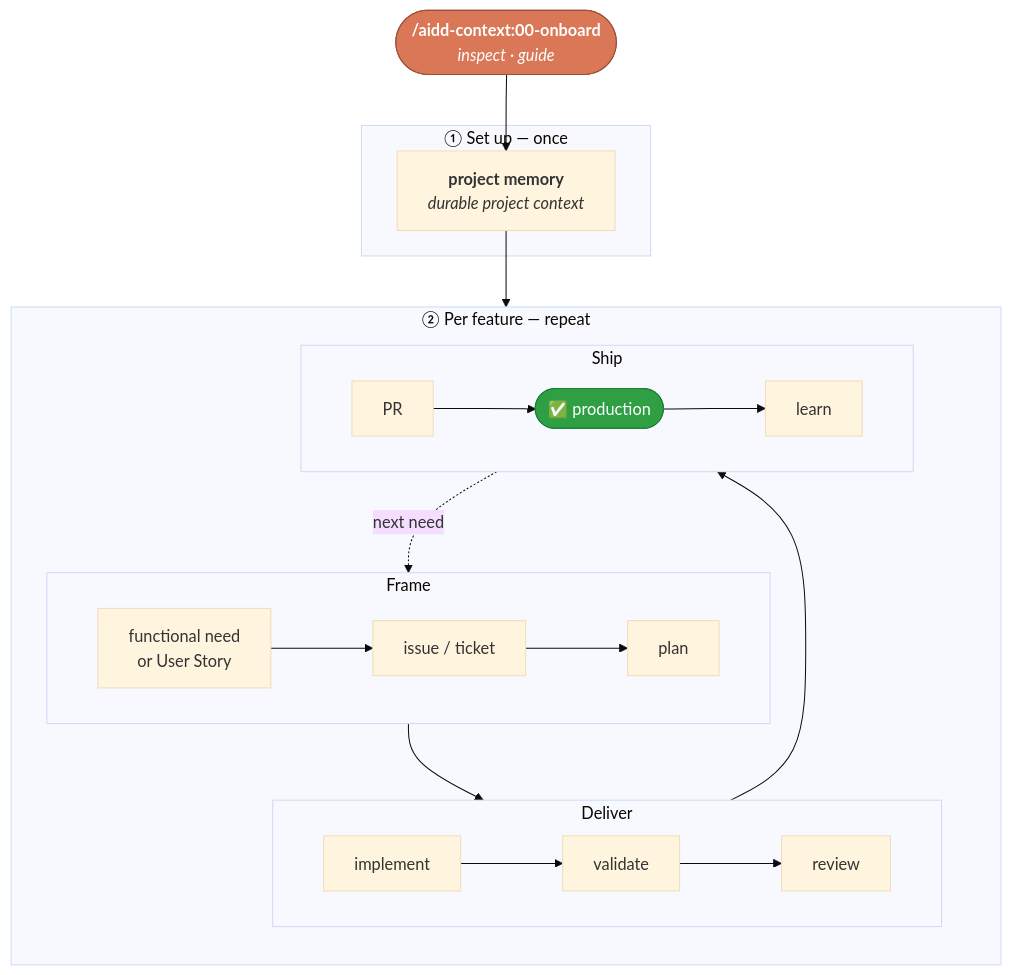
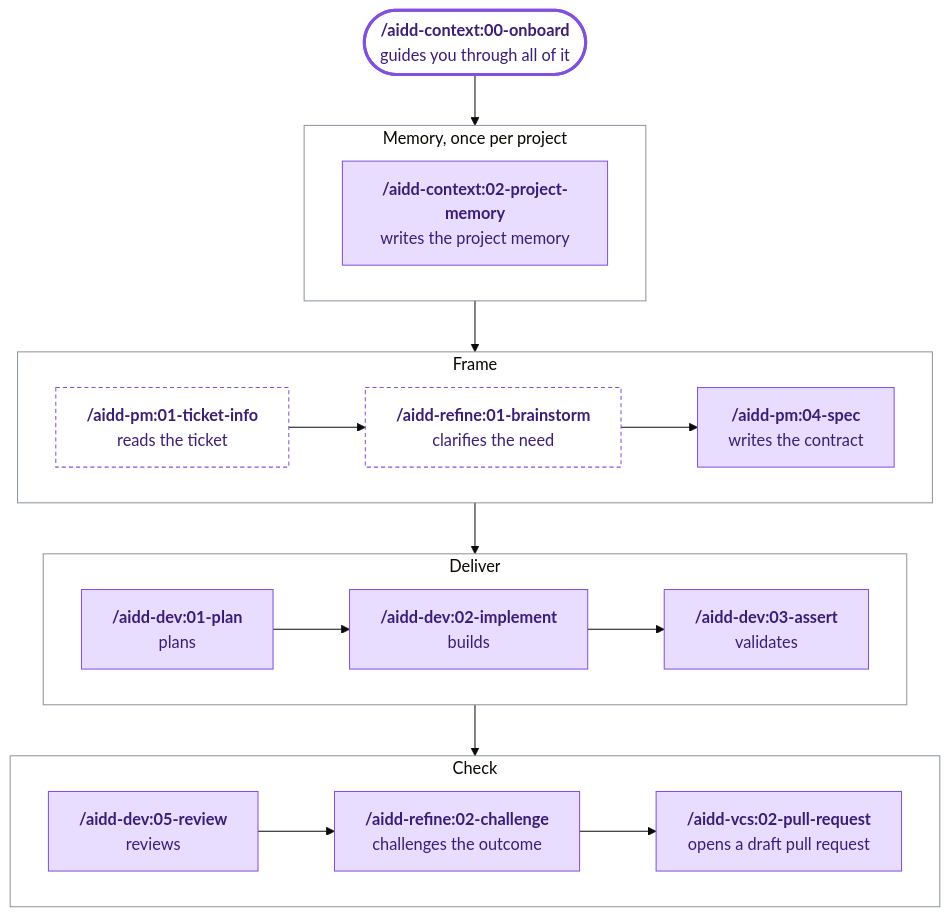
The diagram in README.md (ai-driven-dev/framework), drawn with Mermaid (base theme) before and after one commit. The commit also changed other lines of this file and 43 other files, not shown here.

````diff
--- a/README.md
+++ b/README.md
@@ -200,34 +86,31 @@
 ```mermaid
 flowchart TD
-    Onboard(["<b>/aidd-context:00-onboard</b><br/><i>inspect · guide</i>"])
+  start(["<b>/aidd-context:00-onboard</b><br/>guides you through all of it"])
+  subgraph memory["Memory, once per project"]
+    projectMemory["<b>/aidd-context:02-project-memory</b><br/>writes the project memory"]
+  end
+  subgraph frame["Frame"]
+    direction LR
+    ticket["<b>/aidd-pm:01-ticket-info</b><br/>reads the ticket"] --> brainstorm["<b>/aidd-refine:01-brainstorm</b><br/>clarifies the need"] --> writeContract["<b>/aidd-pm:04-spec</b><br/>writes the contract"]
+  end
+  subgraph deliver["Deliver"]
+    direction LR
+    plan["<b>/aidd-dev:01-plan</b><br/>plans"] --> build["<b>/aidd-dev:02-implement</b><br/>builds"] --> assert["<b>/aidd-dev:03-assert</b><br/>validates"]
+  end
+  subgraph check["Check"]
+    direction LR
+    review["<b>/aidd-dev:05-review</b><br/>reviews"] --> challenge["<b>/aidd-refine:02-challenge</b><br/>challenges the outcome"] --> pr["<b>/aidd-vcs:02-pull-request</b><br/>opens a draft pull request"]
+  end
+  start --> memory --> frame --> deliver --> check
 
-    subgraph setup["① Set up — once"]
-      Memory["<b>project memory</b><br/><i>durable project context</i>"]
-    end
-
-    subgraph loop["② Per feature — repeat"]
-      direction TB
-      subgraph frame["Frame"]
-        direction LR
-        N["functional need<br/>or User Story"] --> T["issue / ticket"] --> P["plan"]
-      end
-      subgraph deliver["Deliver"]
-        direction LR
-        I["implement"] --> V["validate"] --> R["review"]
-      end
-      subgraph ship["Ship"]
-        direction LR
-        PR["PR"] --> S(["✅ production"]) --> L["learn"]
-      end
-      P --> I
-      R --> PR
-    end
-
-    Onboard --> Memory --> N
-    L -. next need .-> N
-
-    classDef hub fill:#D97757,stroke:#9c4f37,color:#fff;
-    classDef done fill:#2ea043,stroke:#1a7f37,color:#fff;
-    class Onboard hub;
-    class S done;
+  classDef skill fill:#e9ddff,stroke:#8250df,color:#3b1d78
+  classDef opt fill:#fff,stroke:#8250df,stroke-dasharray:4 3,color:#3b1d78
+  classDef entry fill:#fff,stroke:#8250df,stroke-width:3px,color:#3b1d78
+  class projectMemory,writeContract,plan,build,assert,review,challenge,pr skill
+  class ticket,brainstorm opt
+  class start entry
+  style memory fill:none,stroke:#8c959f
+  style frame fill:none,stroke:#8c959f
+  style deliver fill:none,stroke:#8c959f
+  style check fill:none,stroke:#8c959f
 ```
````
